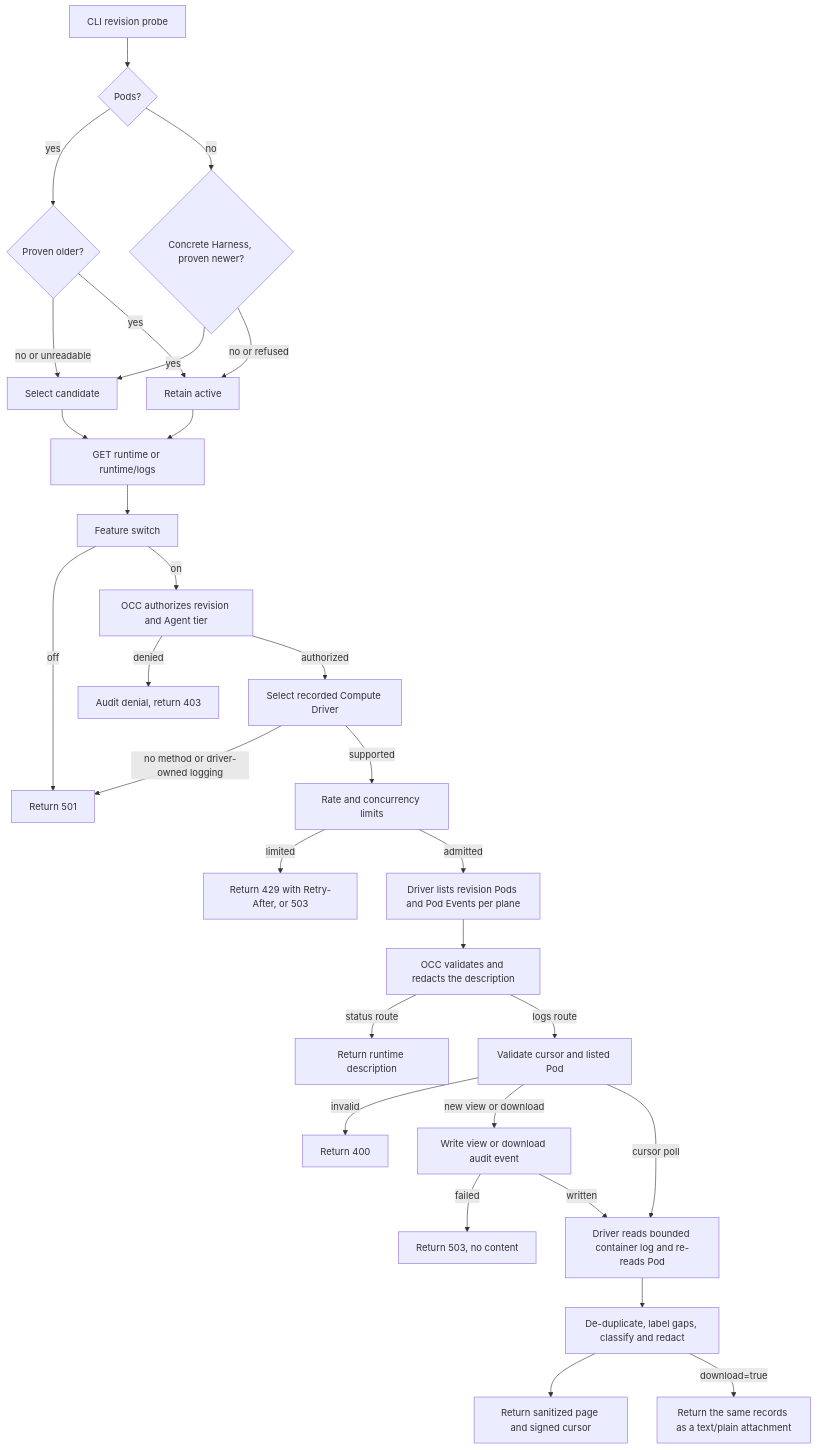
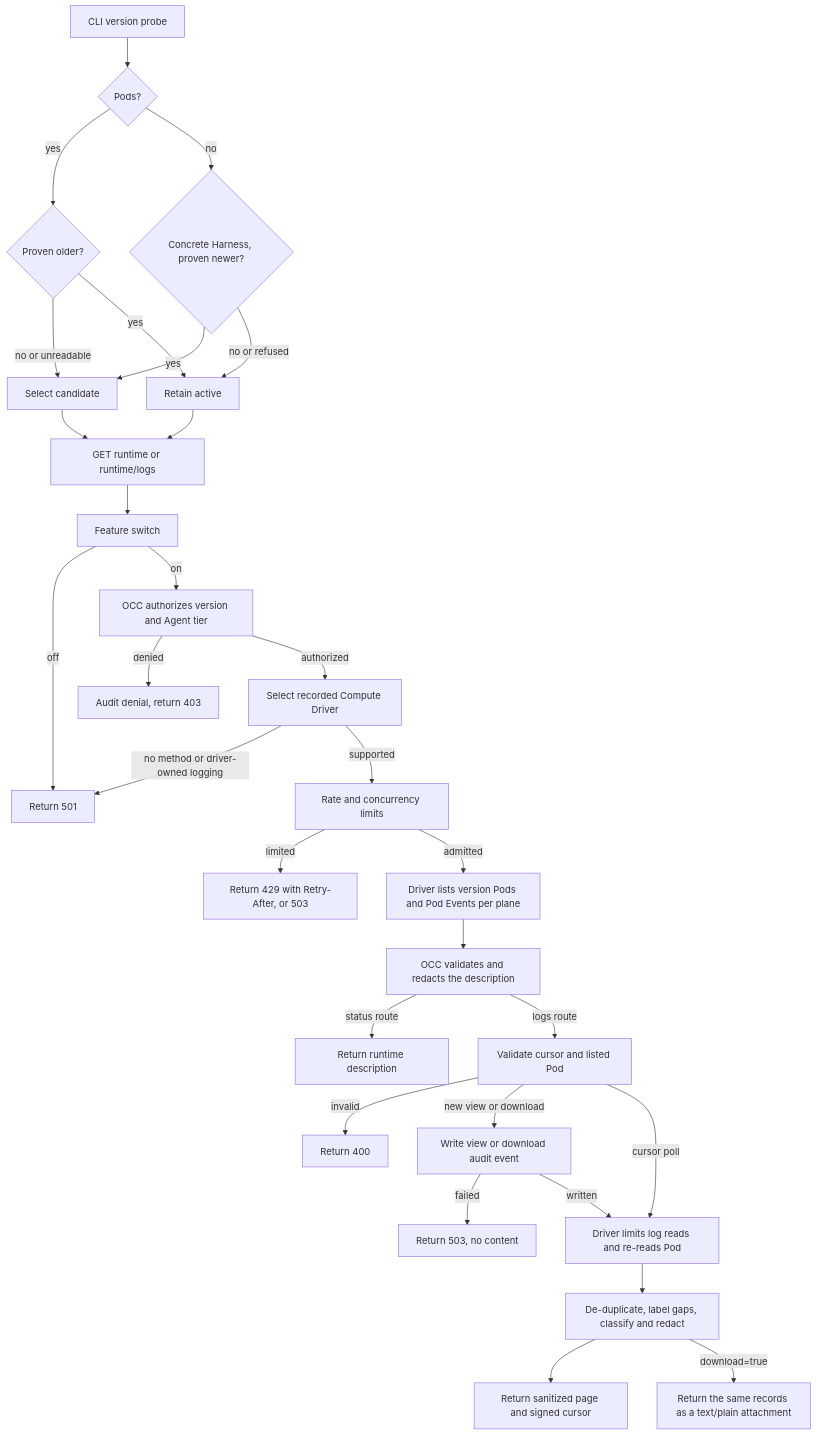
One commit to openclaw/openclaw-enterprise changed the diagram in docs/flows/agent-runtime-logs.md. Above: the diagram before and after it, drawn with Mermaid. The commit also changed other lines of this file and 198 other files, not shown here.

Commit message:
docs: clarify Agent revisions, versions, and limits

````diff
--- a/docs/flows/agent-runtime-logs.md
+++ b/docs/flows/agent-runtime-logs.md
@@ -32,32 +32,32 @@
 ```mermaid
 graph TD
-  V["CLI revision probe"] --> W{"Pods?"}
+  V["CLI version probe"] --> W{"Pods?"}
   W -->|yes| Z{"Proven older?"}
   Z -->|no or unreadable| X["Select candidate"]
   Z -->|yes| Y["Retain active"]
   W -->|no| T{"Concrete Harness, proven newer?"}
   T -->|yes| X
   T -->|no or refused| Y
   X --> A["GET runtime or runtime/logs"]
   Y --> A
   A --> B["Feature switch"]
   B -->|off| C["Return 501"]
-  B -->|on| E["OCC authorizes revision and Agent tier"]
+  B -->|on| E["OCC authorizes version and Agent tier"]
   E -->|denied| F["Audit denial, return 403"]
   E -->|authorized| G["Select recorded Compute Driver"]
   G -->|no method or driver-owned logging| C
   G -->|supported| S["Rate and concurrency limits"]
   S -->|limited| D["Return 429 with Retry-After, or 503"]
-  S -->|admitted| H["Driver lists revision Pods and Pod Events per plane"]
+  S -->|admitted| H["Driver lists version Pods and Pod Events per plane"]
   H --> I["OCC validates and redacts the description"]
   I -->|status route| J["Return runtime description"]
   I -->|logs route| K["Validate cursor and listed Pod"]
   K -->|invalid| L["Return 400"]
   K -->|new view or download| M["Write view or download audit event"]
   M -->|failed| N["Return 503, no content"]
-  M -->|written| O["Driver reads bounded container log and re-reads Pod"]
+  M -->|written| O["Driver limits log reads and re-reads Pod"]
   K -->|cursor poll| O
   O --> P["De-duplicate, label gaps, classify and redact"]
   P --> Q["Return sanitized page and signed cursor"]
   P -->|download=true| R["Return the same records as a text/plain attachment"]
 ```
````
